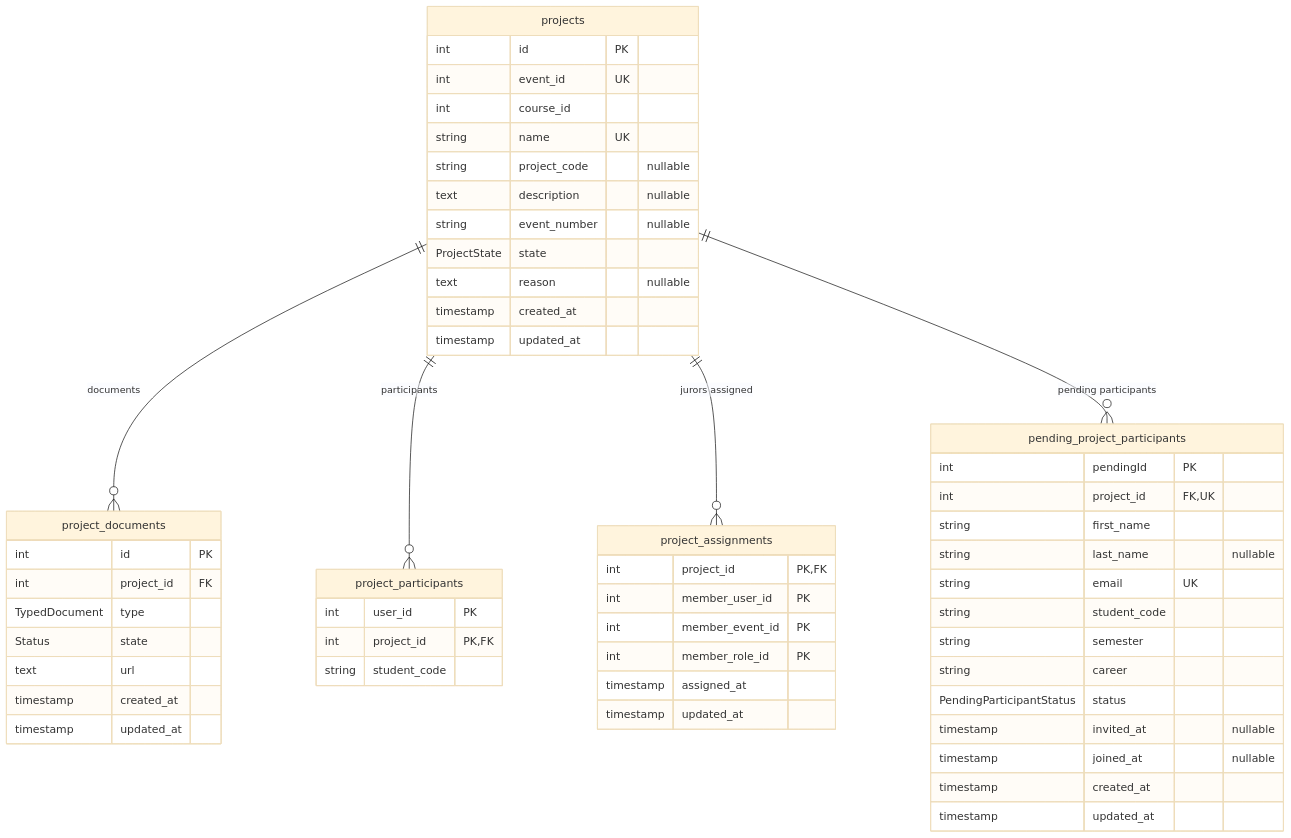
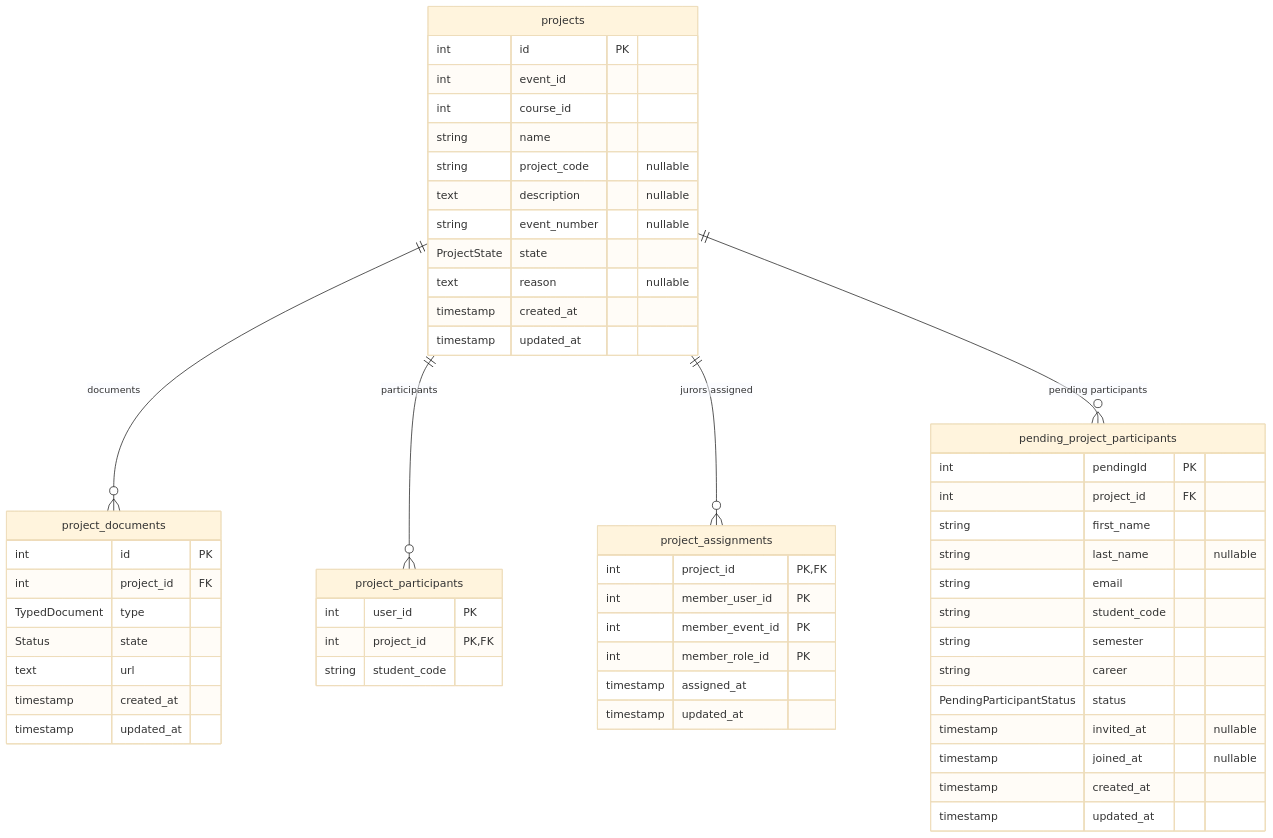
Before and after one commit to PCPI-UN/Iris: the diagram in docs/project-service/schema.md, drawn with Mermaid (base theme). The commit also changed other lines of this file and 3 other files, not shown here.

````diff
--- a/docs/project-service/schema.md
+++ b/docs/project-service/schema.md
@@ -9,62 +9,62 @@
 ```mermaid
 erDiagram
     projects {
         int id PK
-        int event_id UK
+        int event_id
         int course_id
-        string name UK
+        string name
         string project_code "nullable"
         text description "nullable"
         string event_number "nullable"
         ProjectState state
         text reason "nullable"
         timestamp created_at
         timestamp updated_at
     }
 
     project_documents {
         int id PK
         int project_id FK
         TypedDocument type
         Status state
         text url
         timestamp created_at
         timestamp updated_at
     }
 
     project_participants {
         int user_id PK
         int project_id PK, FK
         string student_code
     }
 
     project_assignments {
         int project_id PK, FK
         int member_user_id PK
         int member_event_id PK
         int member_role_id PK
         timestamp assigned_at
         timestamp updated_at
     }
 
     pending_project_participants {
         int pendingId PK
-        int project_id FK, UK
+        int project_id FK
         string first_name
         string last_name "nullable"
-        string email UK
+        string email
         string student_code
         string semester
         string career
         PendingParticipantStatus status
         timestamp invited_at "nullable"
         timestamp joined_at "nullable"
         timestamp created_at
         timestamp updated_at
     }
 
     projects ||--o{ project_documents : "documents"
     projects ||--o{ project_participants : "participants"
     projects ||--o{ project_assignments : "jurors assigned"
     projects ||--o{ pending_project_participants : "pending participants"
 ```
````
